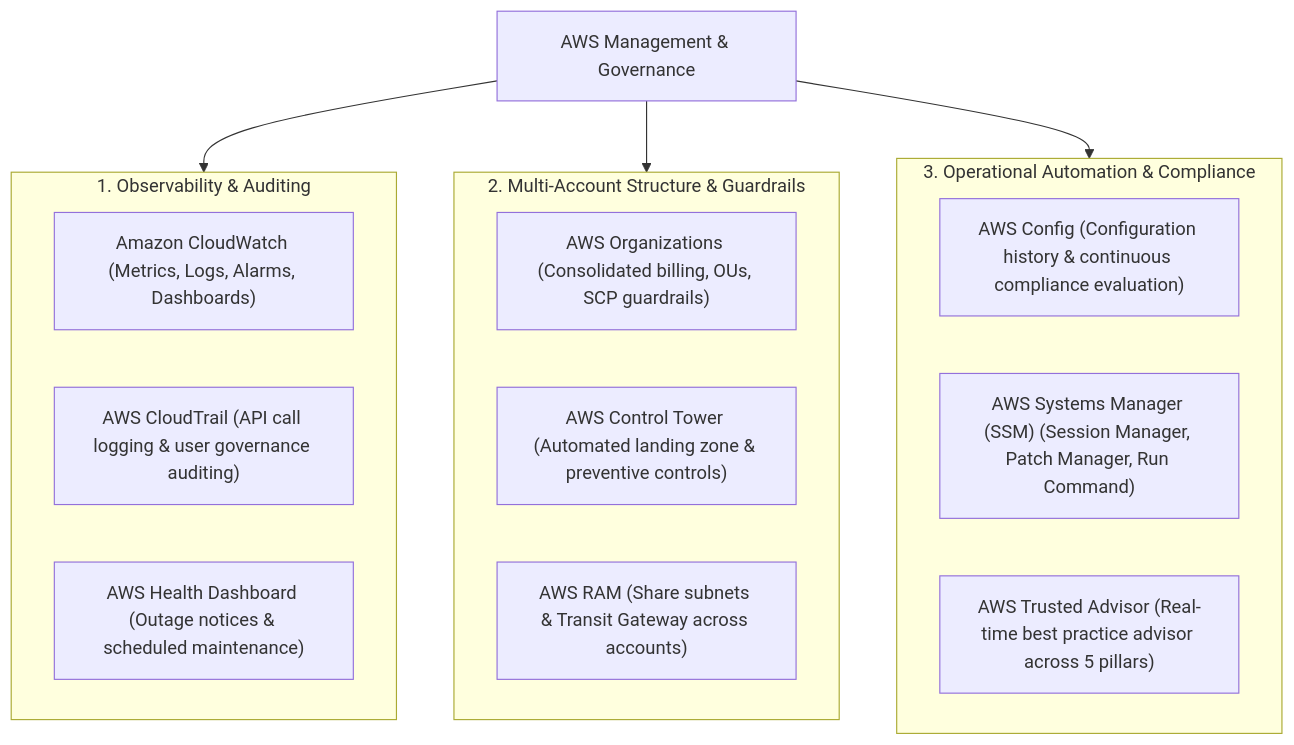
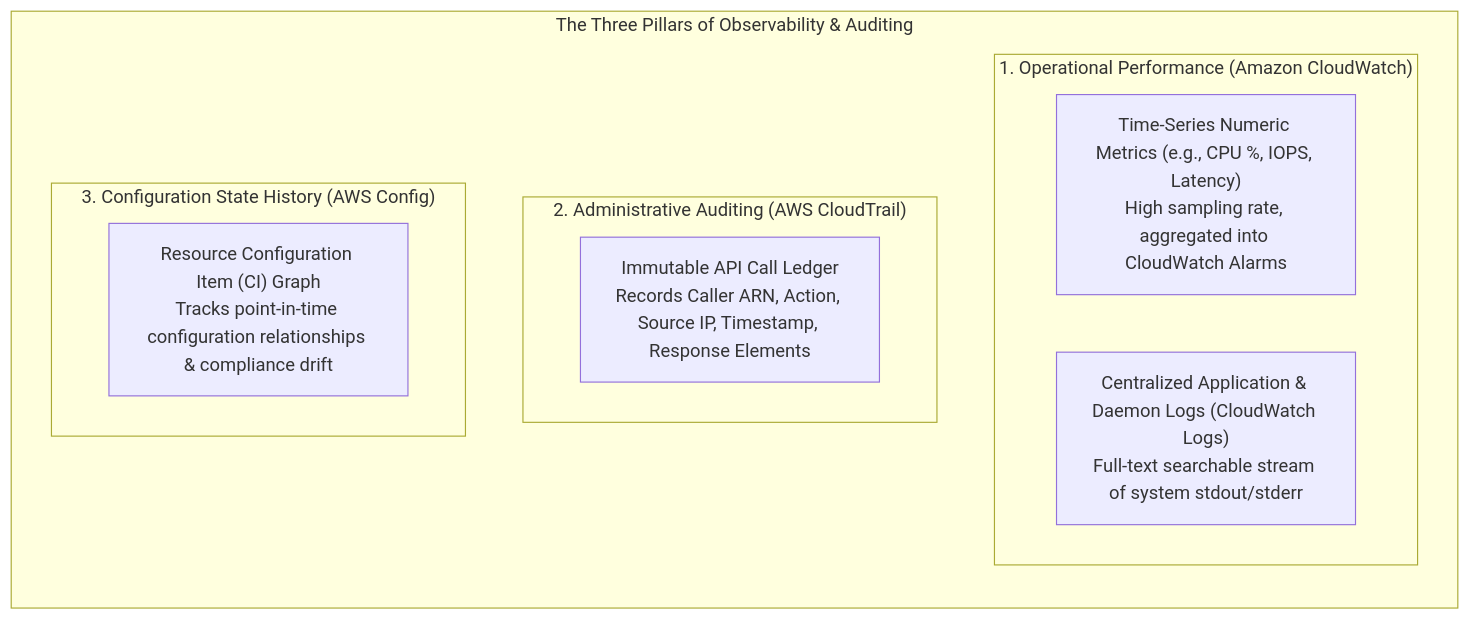
One commit to fakhruldeen/AWS changed the first of 3 diagrams in Cloud/Practitioner/CLF-C02/06_Explanations/03_Technology_and_Services/Management_and_Observability.md. Above: the diagram before and after it, drawn with Mermaid. The commit also changed other lines of this file and 18 other files, not shown here.

````diff
--- a/Cloud/Practitioner/CLF-C02/06_Explanations/03_Technology_and_Services/Management_and_Observability.md
+++ b/Cloud/Practitioner/CLF-C02/06_Explanations/03_Technology_and_Services/Management_and_Observability.md
@@ -23,26 +24,19 @@
 ```mermaid
 flowchart TD
-    Mgmt["AWS Management & Governance"]
-    
-    subgraph Observability["1. Observability & Auditing"]
-        CW["Amazon CloudWatch (Metrics, Logs, Alarms, Dashboards)"]
-        CT["AWS CloudTrail (API call logging & user governance auditing)"]
-        Health["AWS Health Dashboard (Outage notices & scheduled maintenance)"]
+    subgraph ObservabilityPillars ["The Three Pillars of Observability & Auditing"]
+        direction TB
+        
+        subgraph MetricsLogs ["1. Operational Performance (Amazon CloudWatch)"]
+            CW_M["Time-Series Numeric Metrics (e.g., CPU %, IOPS, Latency)<br/>High sampling rate, aggregated into CloudWatch Alarms"]
+            CW_L["Centralized Application & Daemon Logs (CloudWatch Logs)<br/>Full-text searchable stream of system stdout/stderr"]
+        end
+        
+        subgraph APITrail ["2. Administrative Auditing (AWS CloudTrail)"]
+            CT_E["Immutable API Call Ledger<br/>Records Caller ARN, Action, Source IP, Timestamp, Response Elements"]
+        end
+        
+        subgraph StateGraph ["3. Configuration State History (AWS Config)"]
+            CFG_S["Resource Configuration Item (CI) Graph<br/>Tracks point-in-time configuration relationships & compliance drift"]
+        end
     end
-    
-    subgraph MultiAccount["2. Multi-Account Structure & Guardrails"]
-        Org["AWS Organizations (Consolidated billing, OUs, SCP guardrails)"]
-        Tower["AWS Control Tower (Automated landing zone & preventive controls)"]
-        RAM["AWS RAM (Share subnets & Transit Gateway across accounts)"]
-    end
-    
-    subgraph Operations["3. Operational Automation & Compliance"]
-        Config["AWS Config (Configuration history & continuous compliance evaluation)"]
-        SSM["AWS Systems Manager (SSM) (Session Manager, Patch Manager, Run Command)"]
-        TA["AWS Trusted Advisor (Real-time best practice advisor across 5 pillars)"]
-    end
-    
-    Mgmt --> Observability
-    Mgmt --> MultiAccount
-    Mgmt --> Operations
 ```
````
